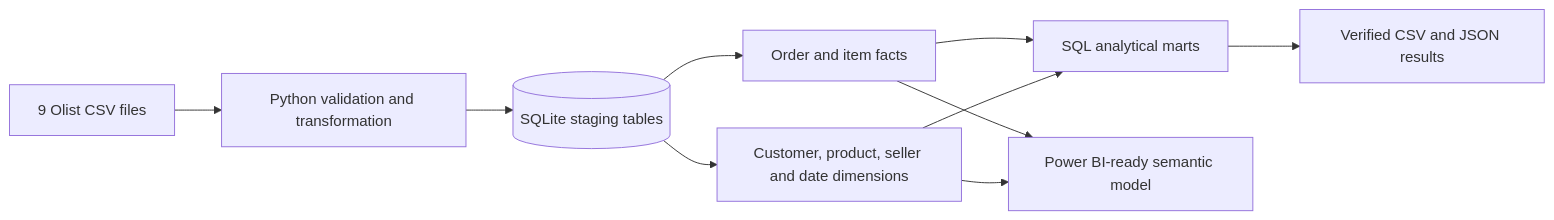
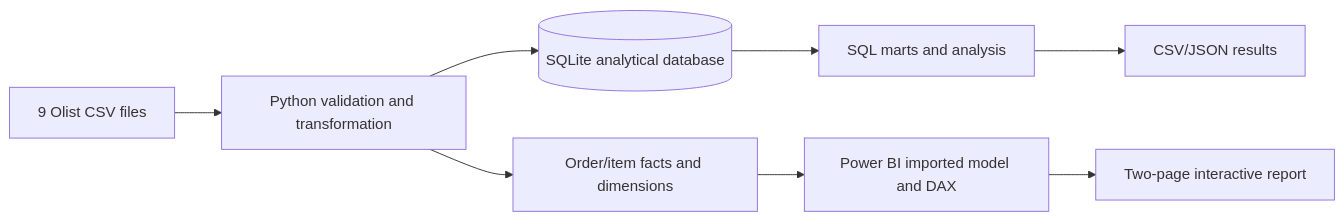
One commit to Nell0413/Marketplace-customer-growth-analytics changed the diagram in README.md. Above: the diagram before and after it, drawn with Mermaid. The commit also changed other lines of this file and 5 other files, not shown here.

Commit message:
Publish final Power BI report and refresh portfolio documentation

````diff
--- a/README.md
+++ b/README.md
@@ -45,12 +76,10 @@
 ```mermaid
 flowchart LR
     A[9 Olist CSV files] --> B[Python validation and transformation]
-    B --> C[(SQLite staging tables)]
-    C --> D[Order and item facts]
-    C --> E[Customer, product, seller and date dimensions]
-    D --> F[SQL analytical marts]
-    E --> F
-    F --> G[Verified CSV and JSON results]
-    D --> H[Power BI-ready semantic model]
-    E --> H
+    B --> C[(SQLite analytical database)]
+    B --> D[Order/item facts and dimensions]
+    C --> E[SQL marts and analysis]
+    E --> F[CSV/JSON results]
+    D --> G[Power BI imported model and DAX]
+    G --> H[Two-page interactive report]
 ```
````
